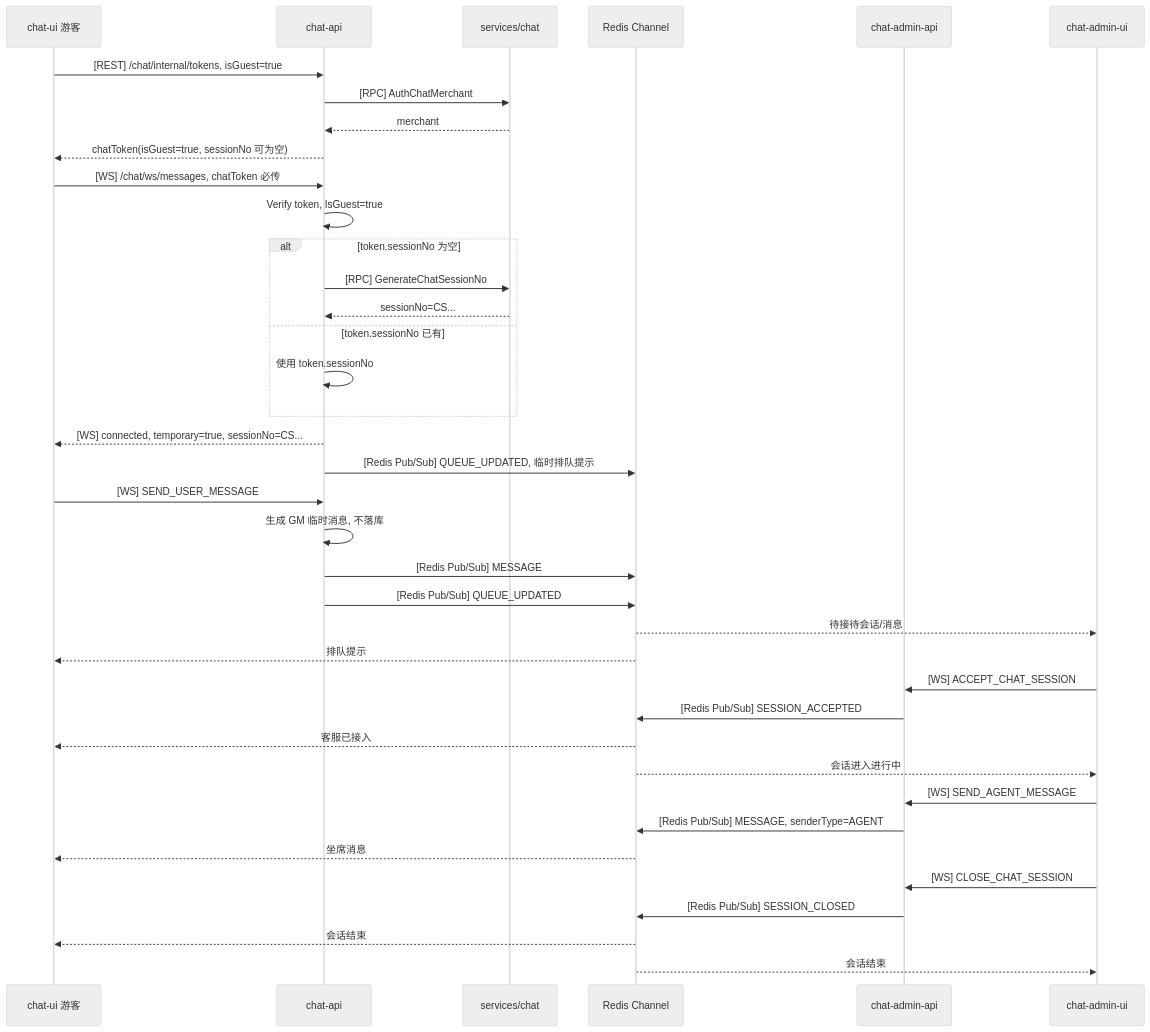
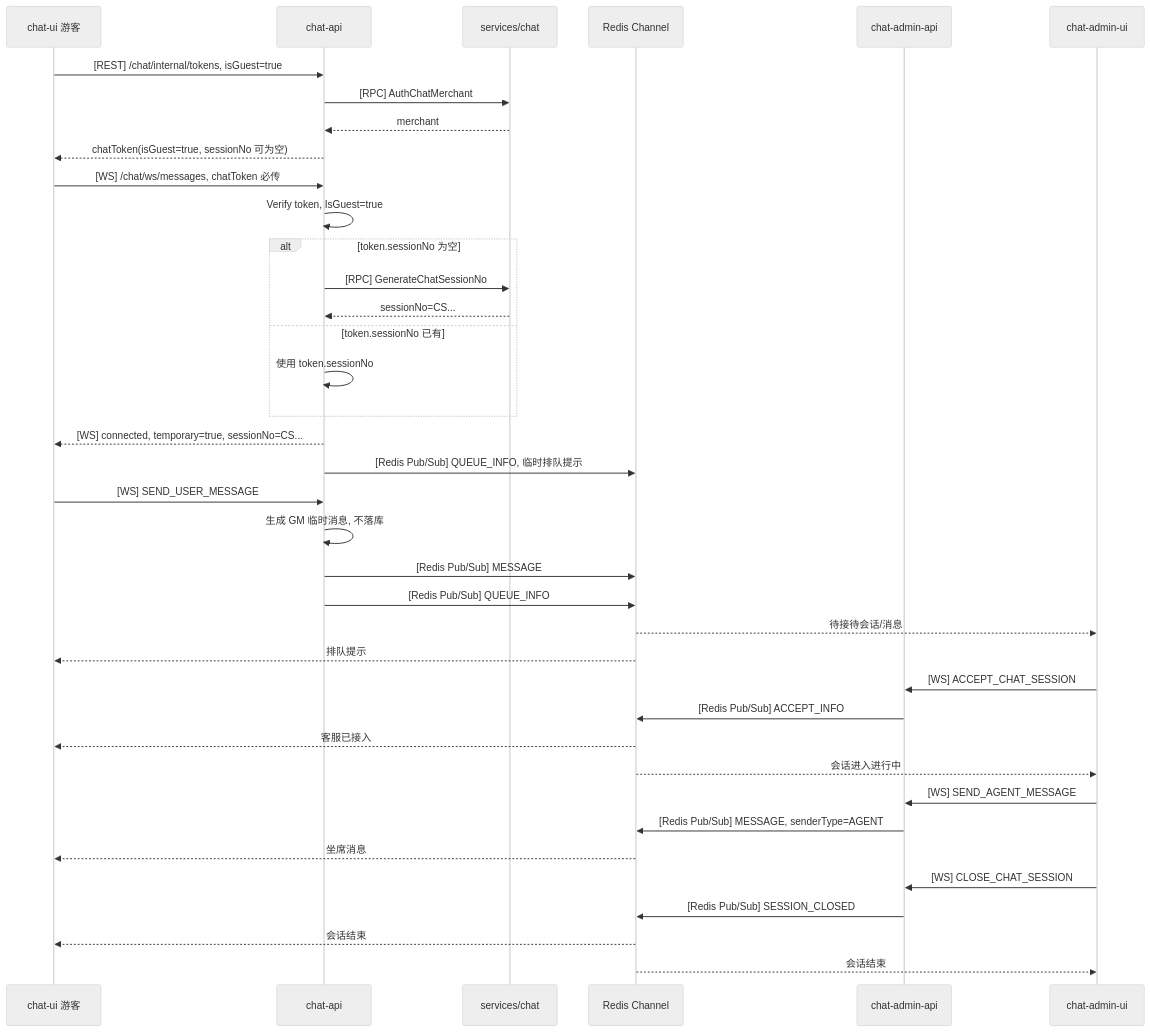
One commit to colbort/wklive changed the second of 4 diagrams in services/chat/CHAT_FLOW.md. Above: the diagram before and after it, drawn with Mermaid (neutral theme). The commit also changed other lines of this file and 11 other files, not shown here.

````diff
--- a/services/chat/CHAT_FLOW.md
+++ b/services/chat/CHAT_FLOW.md
@@ -103,41 +103,41 @@
 ```mermaid
 sequenceDiagram
     participant U as chat-ui 游客
     participant CA as chat-api
     participant RPC as services/chat
     participant BUS as Redis Channel
     participant AA as chat-admin-api
     participant AU as chat-admin-ui
 
     U->>CA: [REST] /chat/internal/tokens, isGuest=true
     CA->>RPC: [RPC] AuthChatMerchant
     RPC-->>CA: merchant
     CA-->>U: chatToken(isGuest=true, sessionNo 可为空)
     U->>CA: [WS] /chat/ws/messages, chatToken 必传
     CA->>CA: Verify token, IsGuest=true
     alt token.sessionNo 为空
         CA->>RPC: [RPC] GenerateChatSessionNo
         RPC-->>CA: sessionNo=CS...
     else token.sessionNo 已有
         CA->>CA: 使用 token.sessionNo
     end
     CA-->>U: [WS] connected, temporary=true, sessionNo=CS...
-    CA->>BUS: [Redis Pub/Sub] QUEUE_UPDATED, 临时排队提示
+    CA->>BUS: [Redis Pub/Sub] QUEUE_INFO, 临时排队提示
     U->>CA: [WS] SEND_USER_MESSAGE
     CA->>CA: 生成 GM 临时消息, 不落库
     CA->>BUS: [Redis Pub/Sub] MESSAGE
-    CA->>BUS: [Redis Pub/Sub] QUEUE_UPDATED
+    CA->>BUS: [Redis Pub/Sub] QUEUE_INFO
     BUS-->>AU: 待接待会话/消息
     BUS-->>U: 排队提示
     AU->>AA: [WS] ACCEPT_CHAT_SESSION
-    AA->>BUS: [Redis Pub/Sub] SESSION_ACCEPTED
+    AA->>BUS: [Redis Pub/Sub] ACCEPT_INFO
     BUS-->>U: 客服已接入
     BUS-->>AU: 会话进入进行中
     AU->>AA: [WS] SEND_AGENT_MESSAGE
     AA->>BUS: [Redis Pub/Sub] MESSAGE, senderType=AGENT
     BUS-->>U: 坐席消息
     AU->>AA: [WS] CLOSE_CHAT_SESSION
     AA->>BUS: [Redis Pub/Sub] SESSION_CLOSED
     BUS-->>U: 会话结束
     BUS-->>AU: 会话结束
 ```
````
